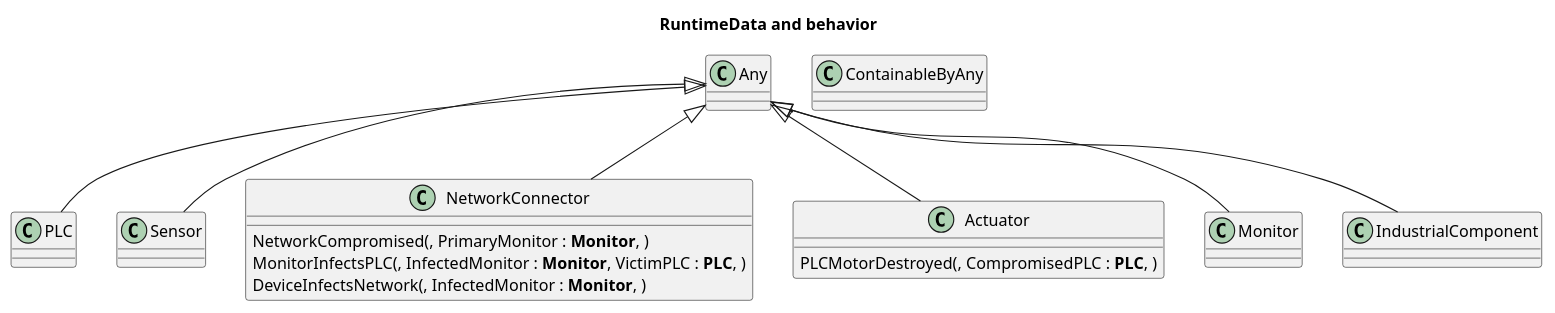
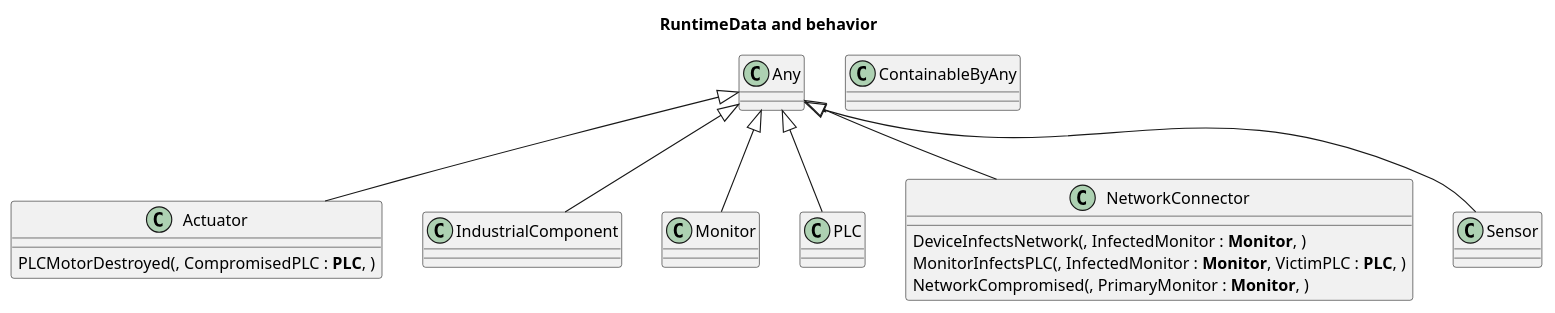
One commit to lewisccox/lc2071HonoursProject changed the diagram in doc-gen/plantuml/BehaviourDefinitions.rtd.class.plantuml. Above: the diagram before and after it, drawn with PlantUML. The commit also changed other lines of this file and 5 other files, not shown here.

```diff
--- a/doc-gen/plantuml/BehaviourDefinitions.rtd.class.plantuml
+++ b/doc-gen/plantuml/BehaviourDefinitions.rtd.class.plantuml
@@ -1,31 +1,31 @@
 @startuml
 title RuntimeData and behavior
+class Actuator  {
+	PLCMotorDestroyed(, CompromisedPLC : **PLC**, )
+}
+class IndustrialComponent  {
+}
+class Monitor  {
+}
 class PLC  {
+}
+class ContainableByAny  {
+}
+class NetworkConnector  {
+	DeviceInfectsNetwork(, InfectedMonitor : **Monitor**, )
+	MonitorInfectsPLC(, InfectedMonitor : **Monitor**, VictimPLC : **PLC**, )
+	NetworkCompromised(, PrimaryMonitor : **Monitor**, )
 }
 class Sensor  {
 }
 class Any  {
 }
-class NetworkConnector  {
-	NetworkCompromised(, PrimaryMonitor : **Monitor**, )
-	MonitorInfectsPLC(, InfectedMonitor : **Monitor**, VictimPLC : **PLC**, )
-	DeviceInfectsNetwork(, InfectedMonitor : **Monitor**, )
-}
-class Actuator  {
-	PLCMotorDestroyed(, CompromisedPLC : **PLC**, )
-}
-class ContainableByAny  {
-}
-class Monitor  {
-}
-class IndustrialComponent  {
-}
 
 
+Actuator -up-|>  Any
+IndustrialComponent -up-|>  Any
+Monitor -up-|>  Any
 PLC -up-|>  Any
+NetworkConnector -up-|>  Any
 Sensor -up-|>  Any
-NetworkConnector -up-|>  Any
-Actuator -up-|>  Any
-Monitor -up-|>  Any
-IndustrialComponent -up-|>  Any
 @enduml
```
